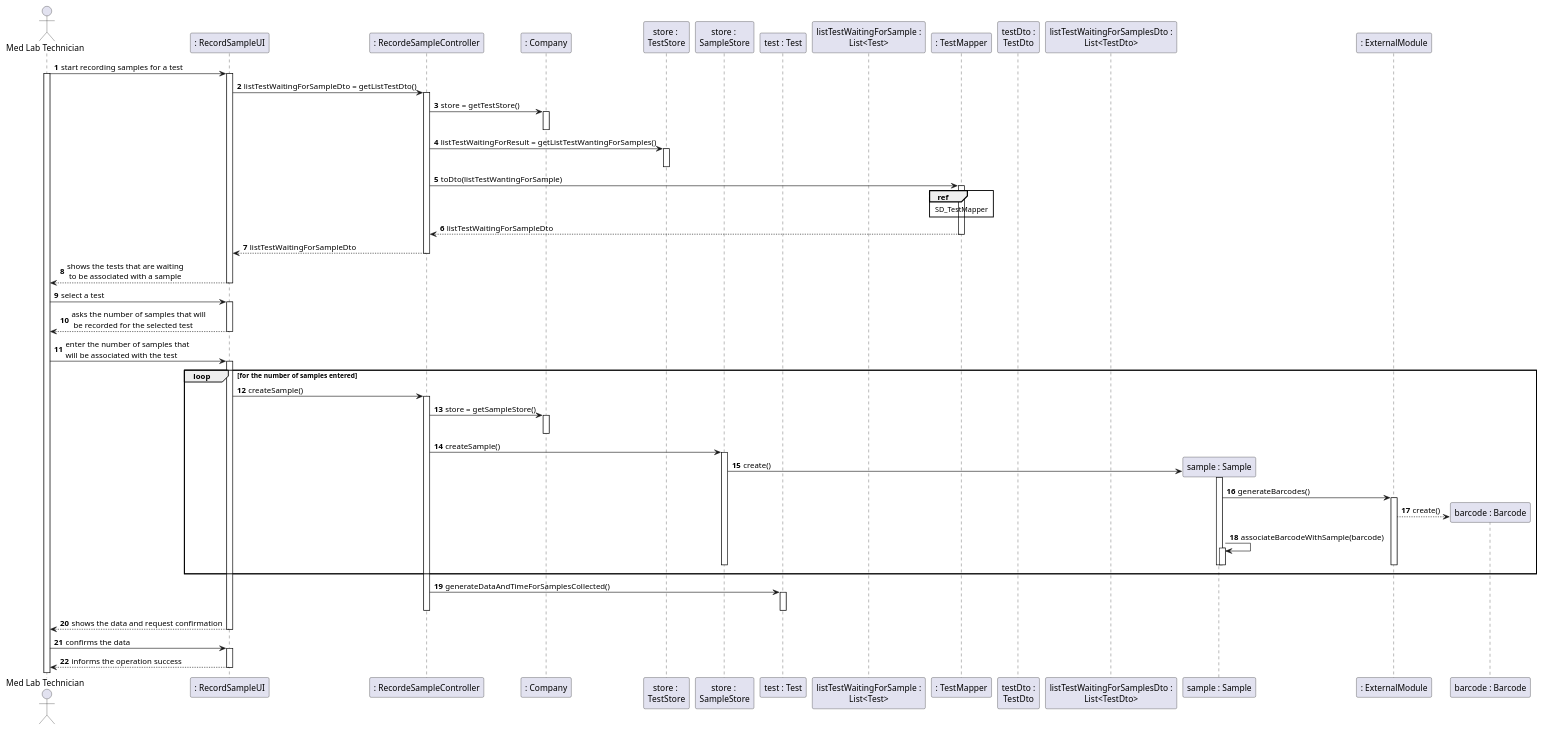
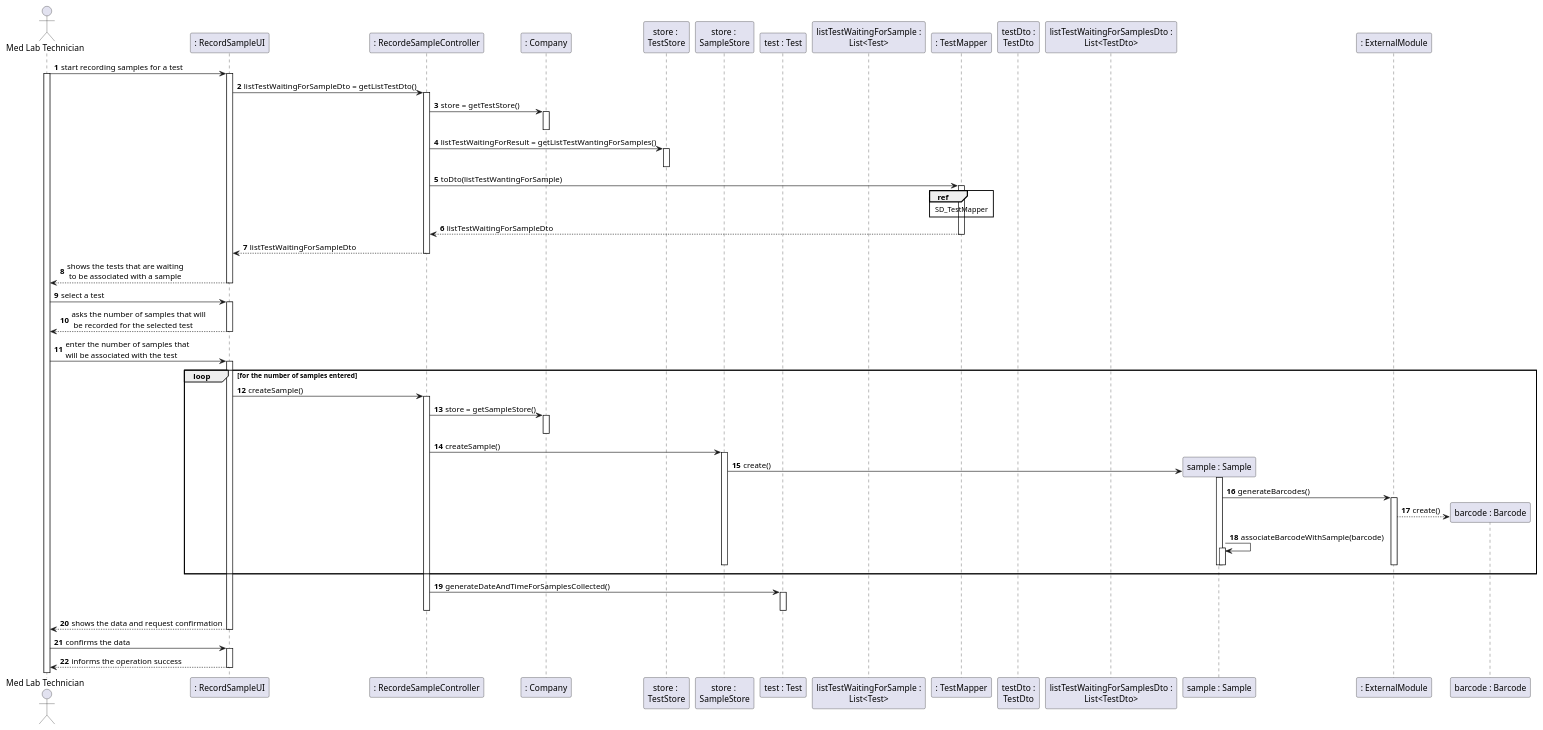
One commit to manu-07-ela/LAPR2_ISEP changed the diagram in docs/SprintC/US05/US05_SD.puml. Above: the diagram before and after it, drawn with PlantUML. The commit also changed 4 other files, not shown here.

```diff
--- a/docs/SprintC/US05/US05_SD.puml
+++ b/docs/SprintC/US05/US05_SD.puml
@@ -1,90 +1,90 @@
 @startuml
 autonumber
 actor "Med Lab Technician" as MEDLAB
 participant ": RecordSampleUI" as UI
 participant ": RecordeSampleController" as CONTROLLER
 participant ": Company" as COMPANY
 participant "store : \nTestStore" as TESTSTORE
 participant "store : \nSampleStore" as SAMPLESTORE
 participant "test : Test" as TEST
 participant "listTestWaitingForSample :\nList<Test>" as TESTLIST
 participant ": TestMapper" as MAPPER
 participant "testDto :\nTestDto" as TESTDTO
 participant "listTestWaitingForSamplesDto :\nList<TestDto>" as TESTDTOLIST
 
 
 
 
 
 
 
 
 
 MEDLAB -> UI : start recording samples for a test
 activate MEDLAB
 activate UI
 UI -> CONTROLLER : listTestWaitingForSampleDto = getListTestDto()
 activate CONTROLLER
 CONTROLLER -> COMPANY : store = getTestStore()
 activate COMPANY
 deactivate COMPANY
 CONTROLLER -> TESTSTORE : listTestWaitingForResult = getListTestWantingForSamples()
 activate TESTSTORE
 deactivate TESTSTORE
 CONTROLLER -> MAPPER : toDto(listTestWantingForSample)
 activate MAPPER
 ref over MAPPER
 SD_TestMapper
 end ref
 
 MAPPER-->CONTROLLER : listTestWaitingForSampleDto
 deactivate MAPPER
 CONTROLLER --> UI : listTestWaitingForSampleDto
 
 
 
 
 deactivate CONTROLLER
 
 UI --> MEDLAB : shows the tests that are waiting \n to be associated with a sample
 deactivate UI
 MEDLAB -> UI : select a test
 activate UI
 UI --> MEDLAB : asks the number of samples that will \n be recorded for the selected test
 deactivate UI
 MEDLAB ->UI : enter the number of samples that \nwill be associated with the test
 activate UI
 loop for the number of samples entered
 UI->CONTROLLER : createSample()
 activate CONTROLLER
 CONTROLLER->COMPANY : store = getSampleStore()
 activate COMPANY
 deactivate COMPANY
 CONTROLLER->SAMPLESTORE : createSample()
 activate SAMPLESTORE
 
 SAMPLESTORE->"sample : Sample"** : create()
 activate "sample : Sample"
 "sample : Sample" -> ": ExternalModule" : generateBarcodes()
 
 activate ": ExternalModule"
 ": ExternalModule" --> "barcode : Barcode"** : create()
 "sample : Sample"->"sample : Sample" : associateBarcodeWithSample(barcode)
 activate "sample : Sample"
 deactivate "sample : Sample"
 deactivate SAMPLESTORE
 deactivate "sample : Sample"
 deactivate ": ExternalModule"
 end loop
-CONTROLLER->TEST : generateDataAndTimeForSamplesCollected()
+CONTROLLER->TEST : generateDateAndTimeForSamplesCollected()
 activate TEST
 deactivate TEST
 deactivate CONTROLLER
 
 UI --> MEDLAB : shows the data and request confirmation
 deactivate UI
 MEDLAB -> UI : confirms the data
 activate UI
 UI --> MEDLAB : informs the operation success
 deactivate UI
 @enduml
```
